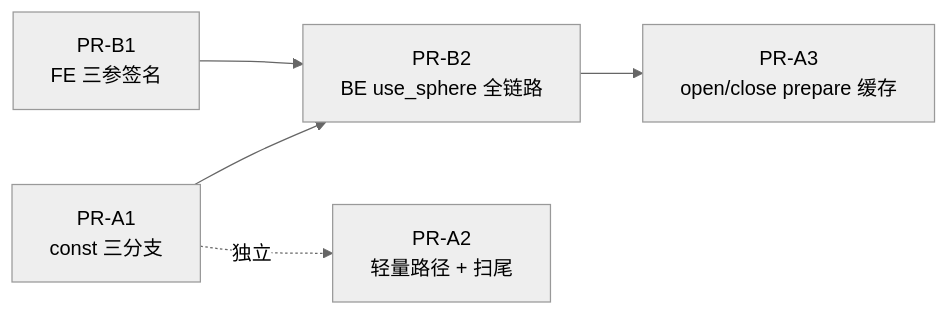
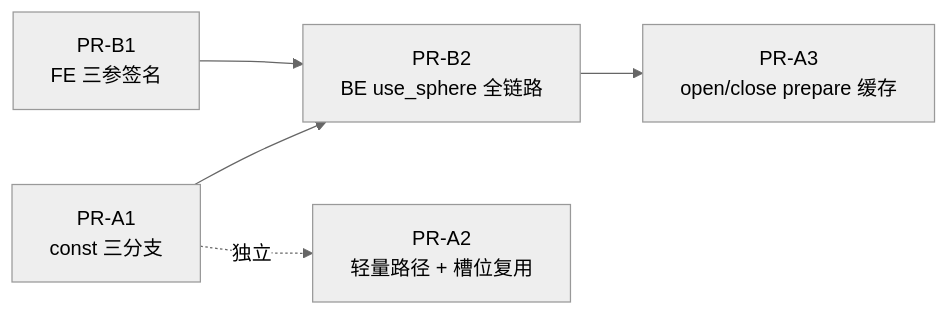
One commit to shiliang/doris changed the diagram in docs/design/geo重构方案.md. Above: the diagram before and after it, drawn with Mermaid (neutral theme). The commit also changed other lines of this file, not shown here.

````diff
--- a/docs/design/geo重构方案.md
+++ b/docs/design/geo重构方案.md
@@ -445,7 +509,7 @@
 ```mermaid
 flowchart LR
     A1["PR-A1<br/>const 三分支"] --> B2["PR-B2<br/>BE use_sphere 全链路"]
     B1["PR-B1<br/>FE 三参签名"] --> B2
-    A1 -.独立.-> A2["PR-A2<br/>轻量路径 + 扫尾"]
+    A1 -.独立.-> A2["PR-A2<br/>轻量路径 + 槽位复用"]
     B2 --> A3["PR-A3<br/>open/close prepare 缓存"]
 ```
````
